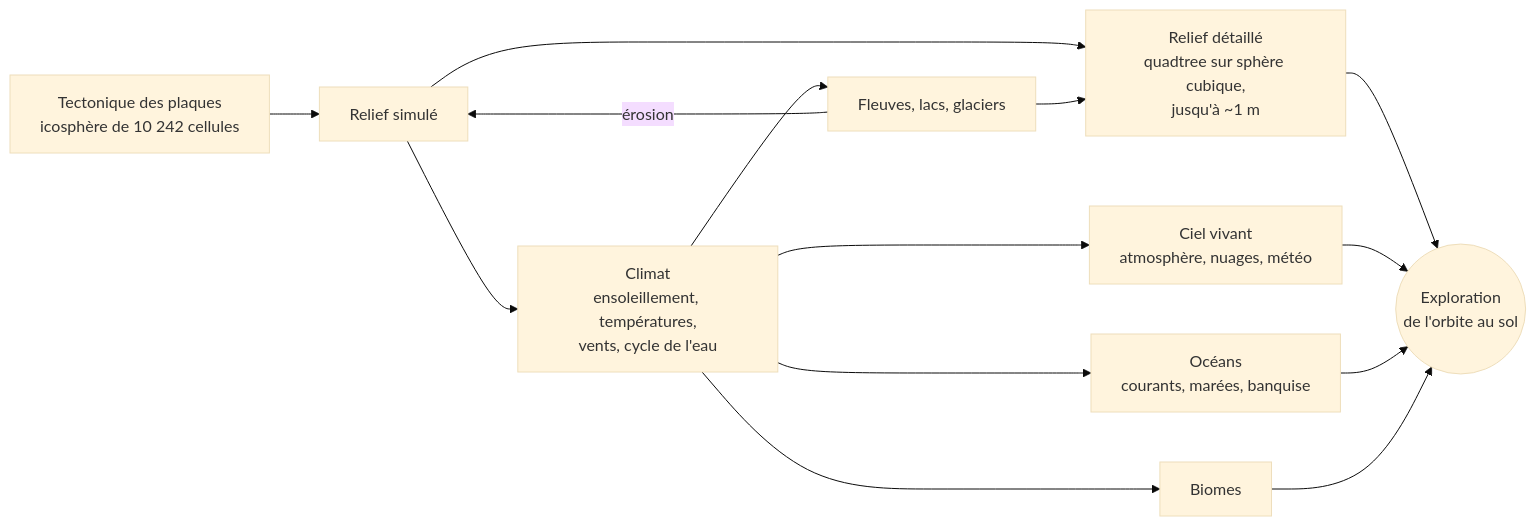
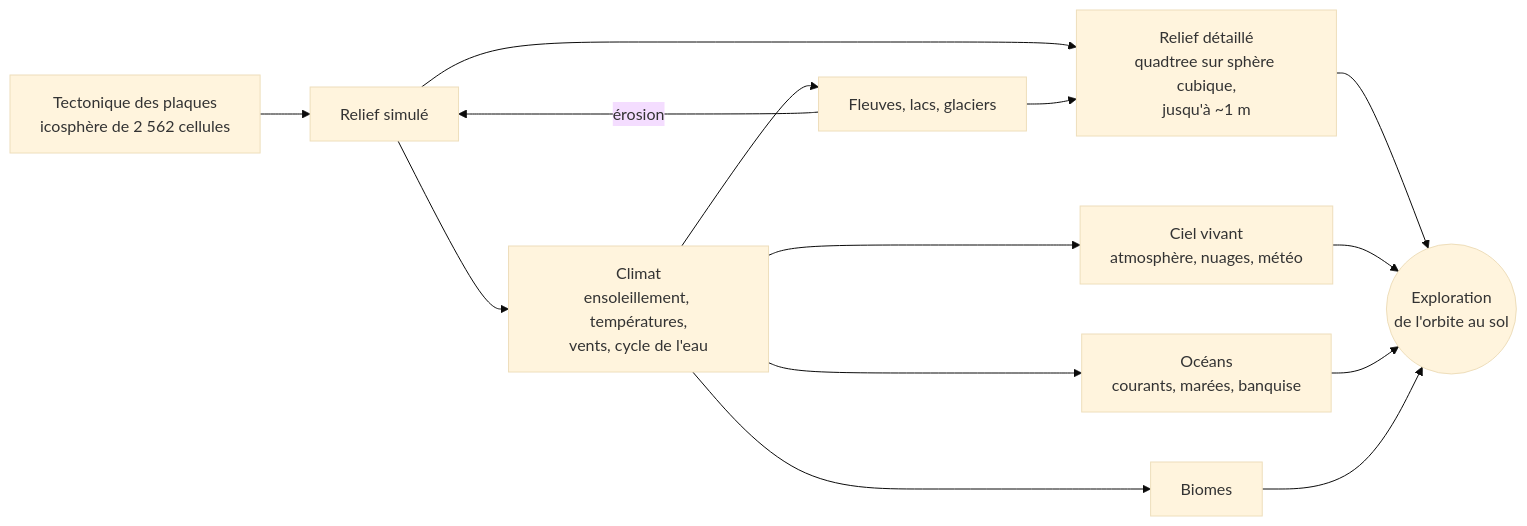
Before and after one commit to Ticoel/Planet: the diagram in README.md, drawn with Mermaid (base theme). The commit also changed other lines of this file and 2 other files, not shown here.

````diff
--- a/README.md
+++ b/README.md
@@ -28,16 +28,16 @@
 ```mermaid
 flowchart LR
-    A[Tectonique des plaques<br/>icosphère de 10 242 cellules] --> B[Relief simulé]
+    A[Tectonique des plaques<br/>icosphère de 2 562 cellules] --> B[Relief simulé]
     B --> C[Climat<br/>ensoleillement, températures,<br/>vents, cycle de l'eau]
     C --> D[Fleuves, lacs, glaciers]
     C --> O[Océans<br/>courants, marées, banquise]
     C --> E[Biomes]
     D -->|érosion| B
     B --> F[Relief détaillé<br/>quadtree sur sphère cubique,<br/>jusqu'à ~1 m]
     D --> F
     C --> G[Ciel vivant<br/>atmosphère, nuages, météo]
     F --> H((Exploration<br/>de l'orbite au sol))
     G --> H
     O --> H
     E --> H
 ```
````
